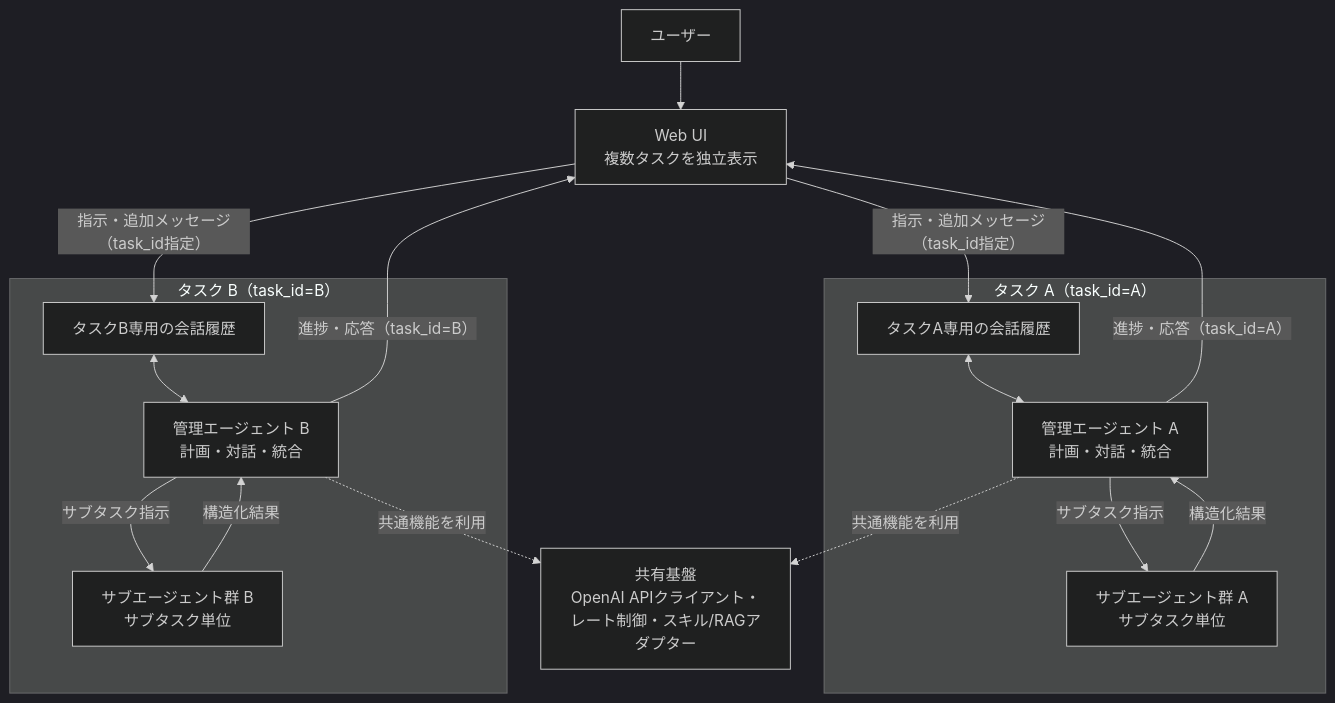
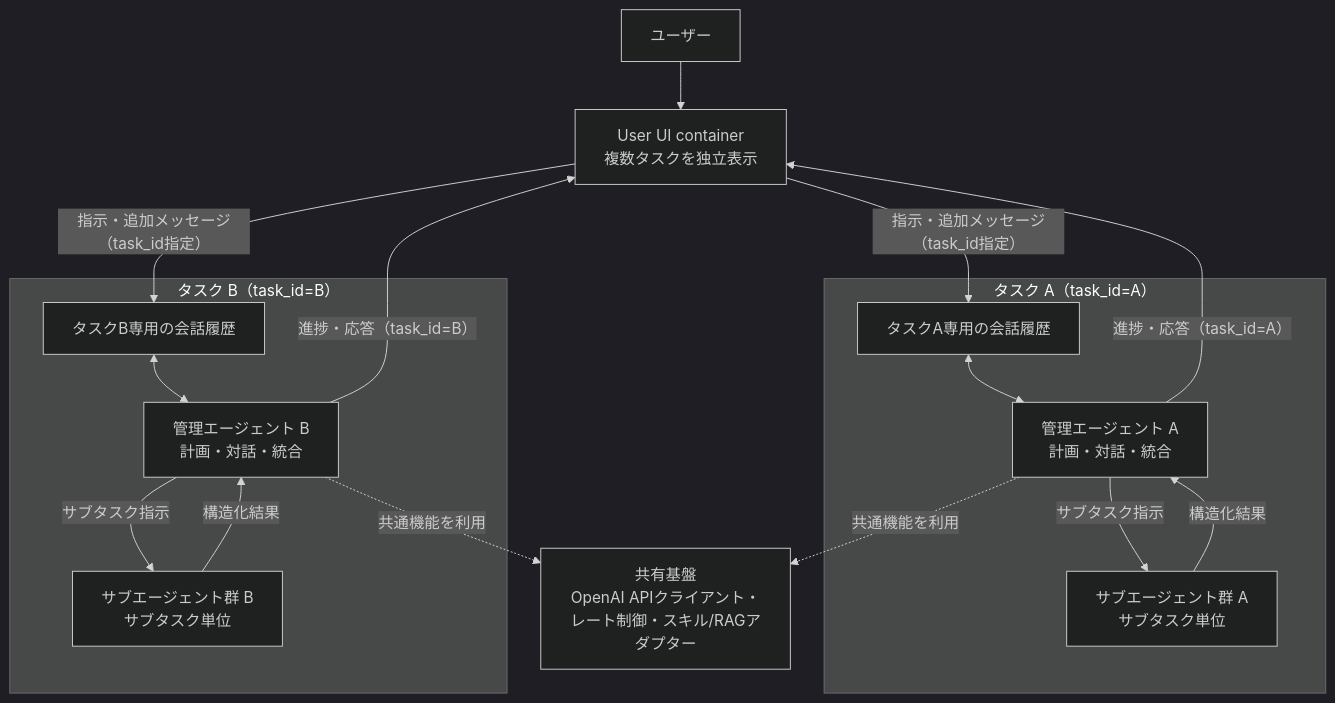
Before and after one commit to ryoma-jp/agent-orchestrator-core: the second of 5 diagrams in dev-jp/01_design.md, drawn with Mermaid (dark theme). The commit also changed other lines of this file, not shown here.

````diff
--- a/dev-jp/01_design.md
+++ b/dev-jp/01_design.md
@@ -106,34 +119,34 @@
 ```mermaid
 flowchart TB
     User["ユーザー"]
-    UI["Web UI<br/>複数タスクを独立表示"]
+    UI["User UI container<br/>複数タスクを独立表示"]
 
     User --> UI
 
     subgraph TaskA["タスク A（task_id=A）"]
         ConversationA["タスクA専用の会話履歴"]
         ManagerA["管理エージェント A<br/>計画・対話・統合"]
         WorkersA["サブエージェント群 A<br/>サブタスク単位"]
         ConversationA <--> ManagerA
         ManagerA -->|サブタスク指示| WorkersA
         WorkersA -->|構造化結果| ManagerA
     end
 
     subgraph TaskB["タスク B（task_id=B）"]
         ConversationB["タスクB専用の会話履歴"]
         ManagerB["管理エージェント B<br/>計画・対話・統合"]
         WorkersB["サブエージェント群 B<br/>サブタスク単位"]
         ConversationB <--> ManagerB
         ManagerB -->|サブタスク指示| WorkersB
         WorkersB -->|構造化結果| ManagerB
     end
 
     UI -->|指示・追加メッセージ（task_id指定）| ConversationA
     UI -->|指示・追加メッセージ（task_id指定）| ConversationB
     ManagerA -->|進捗・応答（task_id=A）| UI
     ManagerB -->|進捗・応答（task_id=B）| UI
 
     Shared["共有基盤<br/>OpenAI APIクライアント・レート制御・スキル/RAGアダプター"]
     ManagerA -. "共通機能を利用" .-> Shared
     ManagerB -. "共通機能を利用" .-> Shared
 ```
````
